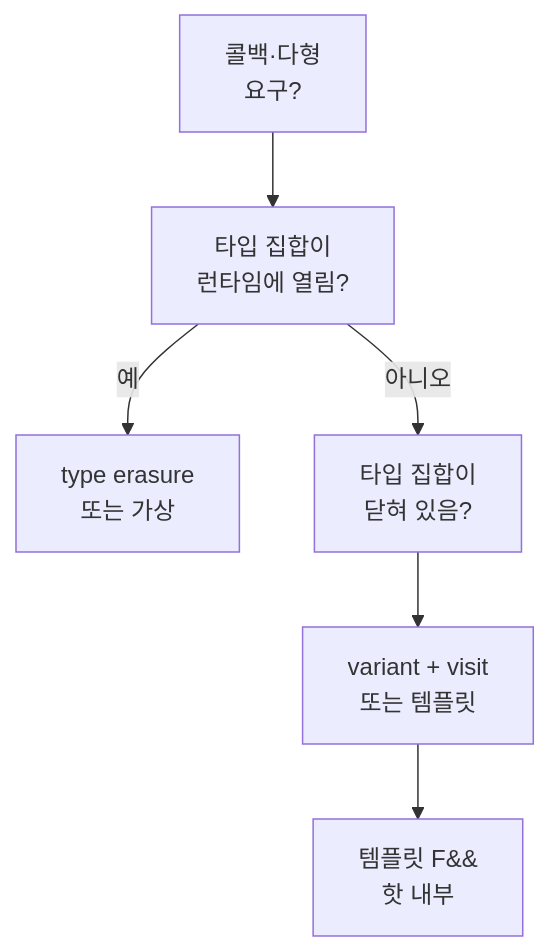
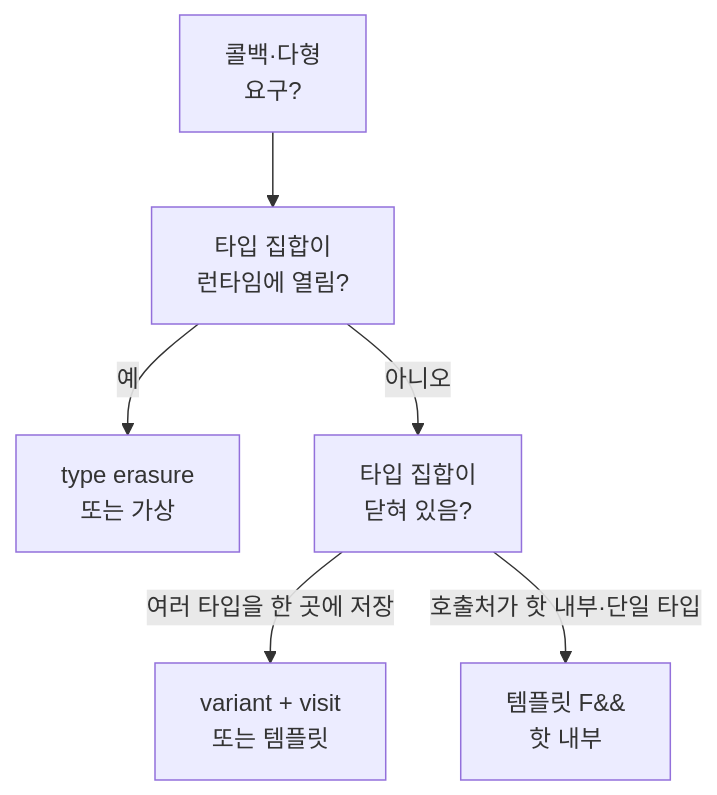
The diagram in content/collection/optimization-01-cpp-language/19-type-erasure-cost-patterns/index.md (42jerrykim/42jerrykim.github.io), drawn with Mermaid before and after one commit. The commit also changed other lines of this file and 19 other files, not shown here.

````diff
--- a/content/collection/optimization-01-cpp-language/19-type-erasure-cost-patterns/index.md
+++ b/content/collection/optimization-01-cpp-language/19-type-erasure-cost-patterns/index.md
@@ -224,14 +276,14 @@
 ```mermaid
 flowchart TD
   need["콜백·다형</br>요구?"]
   open["타입 집합이</br>런타임에 열림?"]
   erasure["type erasure</br>또는 가상"]
   closed["타입 집합이</br>닫혀 있음?"]
   variant["variant + visit</br>또는 템플릿"]
   tmpl["템플릿 F&&</br>핫 내부"]
   need --> open
   open -->|"예"| erasure
   open -->|"아니오"| closed
-  closed --> variant
-  variant --> tmpl
+  closed -->|"여러 타입을 한 곳에 저장"| variant
+  closed -->|"호출처가 핫 내부·단일 타입"| tmpl
 ```
````
